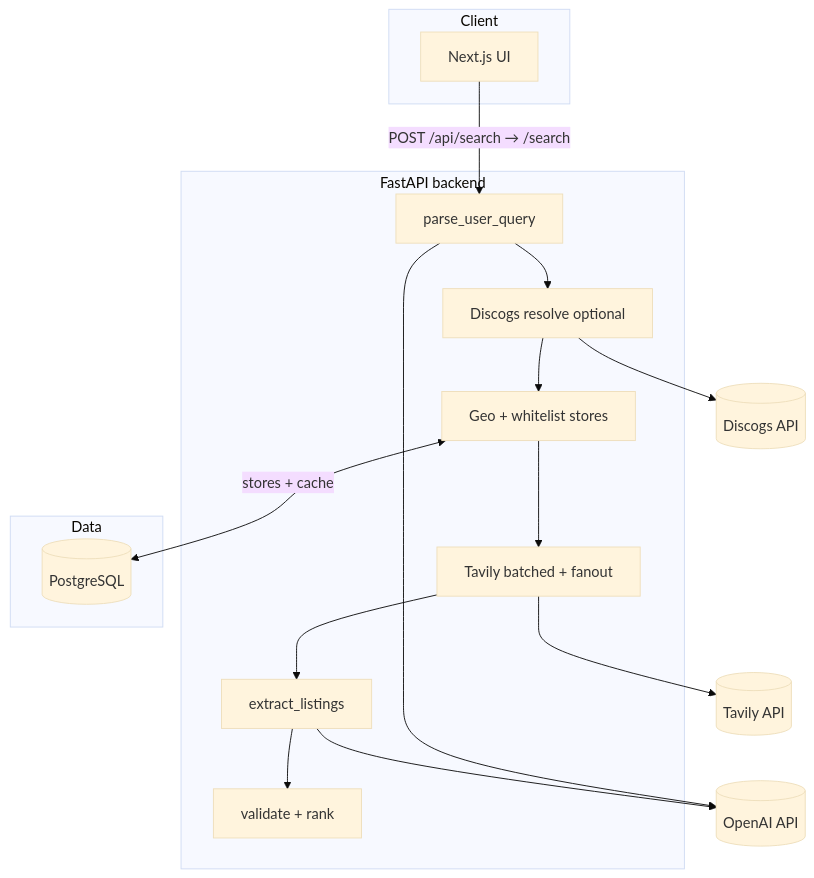
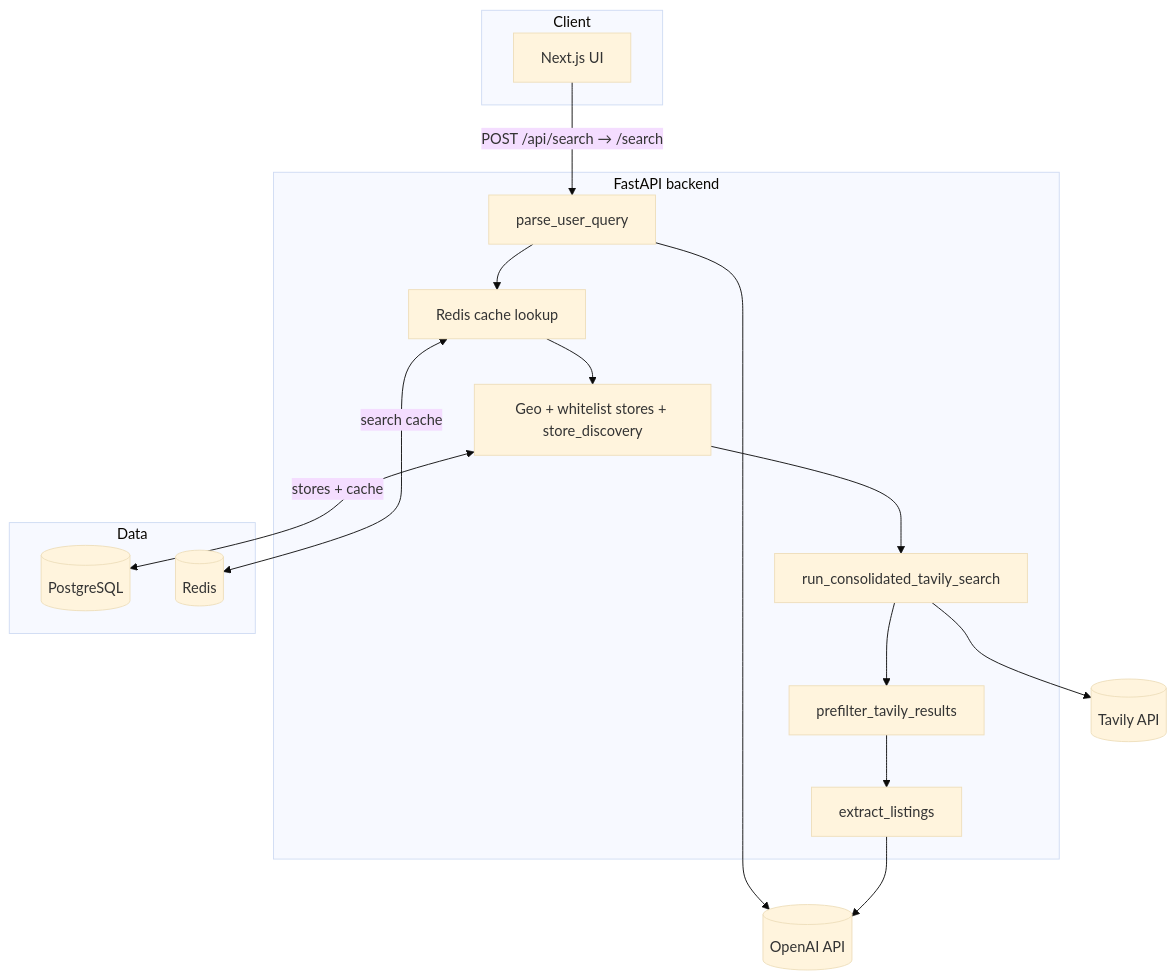
Before and after one commit to Vitomirov/AiCrateDigger: the diagram in README.md, drawn with Mermaid (base theme). The commit also changed other lines of this file and 52 other files, not shown here.

````diff
--- a/README.md
+++ b/README.md
@@ -60,24 +60,25 @@
 ```mermaid
 flowchart TB
   subgraph Client
     UI[Next.js UI]
   end
   subgraph Backend["FastAPI backend"]
     P[parse_user_query]
-    D[Discogs resolve optional]
-    G[Geo + whitelist stores]
-    T[Tavily batched + fanout]
+    C[Redis cache lookup]
+    G[Geo + whitelist stores + store_discovery]
+    T[run_consolidated_tavily_search]
+    F[prefilter_tavily_results]
     E[extract_listings]
-    V[validate + rank]
-    P --> D --> G --> T --> E --> V
+    P --> C --> G --> T --> F --> E
   end
   subgraph Data
     PG[(PostgreSQL)]
+    RD[(Redis)]
   end
   UI -->|POST /api/search → /search| P
   G <-->|stores + cache| PG
+  C <-->|search cache| RD
   P --> OpenAI[(OpenAI API)]
   T --> Tavily[(Tavily API)]
-  D --> Discogs[(Discogs API)]
   E --> OpenAI
 ```
````
